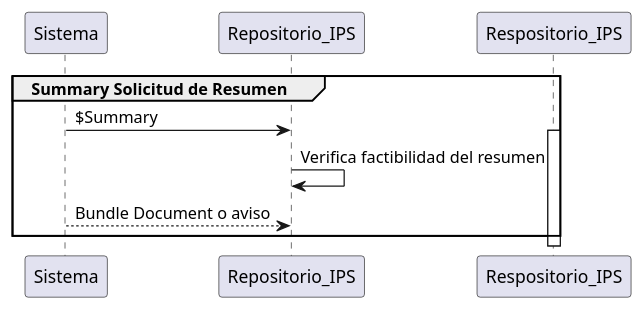
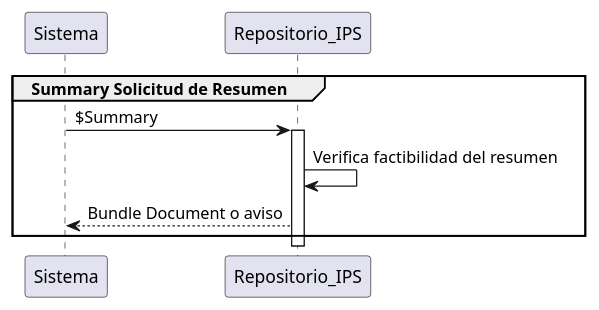
The diagram in input/images-source/CasoUso1.plantuml (HL7Chile-BiomedicaUv/IPS-Embarazo), drawn with PlantUML before and after one commit.

```diff
--- a/input/images-source/CasoUso1.plantuml
+++ b/input/images-source/CasoUso1.plantuml
@@ -1,11 +1,10 @@
 @startuml name
 
 group Summary Solicitud de Resumen
 Sistema -> Repositorio_IPS : $Summary
-activate Respositorio_IPS
+activate Repositorio_IPS
 Repositorio_IPS -> Repositorio_IPS : Verifica factibilidad del resumen
-Repositorio_IPS <-- Sistema : Bundle Document o aviso
-deactivate Repositorio_IPS
+Repositorio_IPS --> Sistema : Bundle Document o aviso
 end
 
 @enduml
```
